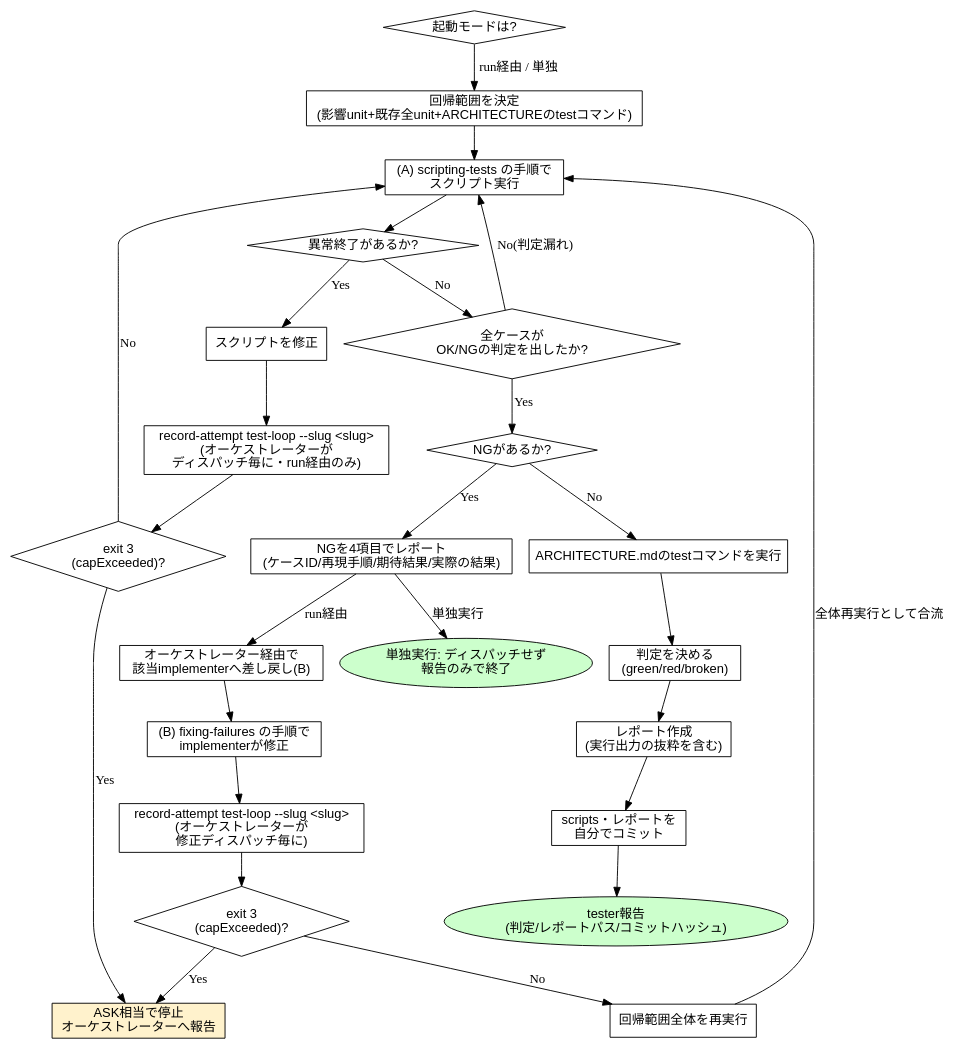
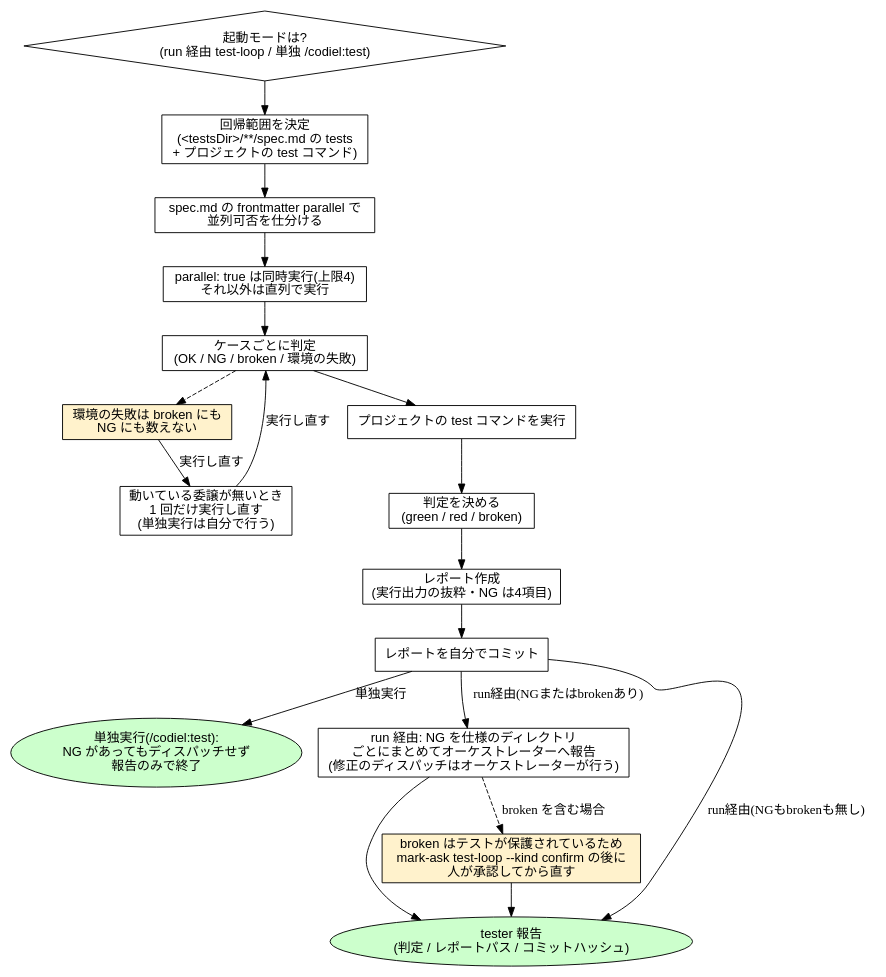
One commit to Amatsuka-kobo/amatsuka-claude-plugins changed the eighth of 15 diagrams in plugins/codiel/docs/skill-flowcharts.md. Above: the diagram before and after it, drawn with Graphviz. The commit also changed other lines of this file and 66 other files, not shown here.

````diff
--- a/plugins/codiel/docs/skill-flowcharts.md
+++ b/plugins/codiel/docs/skill-flowcharts.md
@@ -289,49 +298,34 @@
 ```dot
 digraph running_regression_tests {
   rankdir=TB;
   node [fontname="sans-serif"];
 
-  mode [label="起動モードは?", shape=diamond];
-  scope [label="回帰範囲を決定\n(影響unit+既存全unit+ARCHITECTUREのtestコマンド)", shape=box];
-  loop_a [label="(A) scripting-tests の手順で\nスクリプト実行", shape=box];
-  broken [label="異常終了があるか?", shape=diamond];
-  fix_script [label="スクリプトを修正", shape=box];
-  record_a [label="record-attempt test-loop --slug <slug>\n(オーケストレーターが\nディスパッチ毎に・run経由のみ)", shape=box];
-  cap_a [label="exit 3\n(capExceeded)?", shape=diamond];
-  ask_stop [label="ASK相当で停止\nオーケストレーターへ報告", shape=box, style=filled, fillcolor="#fff2cc"];
-  all_judged [label="全ケースが\nOK/NGの判定を出したか?", shape=diamond];
-  ng_found [label="NGがあるか?", shape=diamond];
-  report_ng [label="NGを4項目でレポート\n(ケースID/再現手順/期待結果/実際の結果)", shape=box];
-  standalone_end [label="単独実行: ディスパッチせず\n報告のみで終了", shape=ellipse, style=filled, fillcolor="#ccffcc"];
-  handoff [label="オーケストレーター経由で\n該当implementerへ差し戻し(B)", shape=box];
-  loop_b [label="(B) fixing-failures の手順で\nimplementerが修正", shape=box];
-  record_b [label="record-attempt test-loop --slug <slug>\n(オーケストレーターが\n修正ディスパッチ毎に)", shape=box];
-  cap_b [label="exit 3\n(capExceeded)?", shape=diamond];
-  rerun_all [label="回帰範囲全体を再実行", shape=box];
-  unit_test [label="ARCHITECTURE.mdのtestコマンドを実行", shape=box];
-  verdict [label="判定を決める\n(green/red/broken)", shape=box];
-  report [label="レポート作成\n(実行出力の抜粋を含む)", shape=box];
-  commit [label="scripts・レポートを\n自分でコミット", shape=box];
-  done [label="tester報告\n(判定/レポートパス/コミットハッシュ)", shape=ellipse, style=filled, fillcolor="#ccffcc"];
+  mode [label="起動モードは?\n(run 経由 test-loop / 単独 /codiel:test)", shape=diamond];
+  scope [label="回帰範囲を決定\n(<testsDir>/**/spec.md の tests\n+ プロジェクトの test コマンド)", shape=box];
+  split [label="spec.md の frontmatter parallel で\n並列可否を仕分ける", shape=box];
+  run_tests [label="parallel: true は同時実行(上限4)\nそれ以外は直列で実行", shape=box];
+  judge [label="ケースごとに判定\n(OK / NG / broken / 環境の失敗)", shape=box];
+  env_fail [label="環境の失敗は broken にも\nNG にも数えない", shape=box, style=filled, fillcolor="#fff2cc"];
+  retry_env [label="動いている委譲が無いとき\n1 回だけ実行し直す\n(単独実行は自分で行う)", shape=box];
+  run_cmd [label="プロジェクトの test コマンドを実行", shape=box];
+  verdict [label="判定を決める\n(green / red / broken)", shape=box];
+  report [label="レポート作成\n(実行出力の抜粋・NG は4項目)", shape=box];
+  commit [label="レポートを自分でコミット", shape=box];
+  standalone_end [label="単独実行(/codiel:test):\nNG があってもディスパッチせず\n報告のみで終了", shape=ellipse, style=filled, fillcolor="#ccffcc"];
+  report_ng [label="run 経由: NG を仕様のディレクトリ\nごとにまとめてオーケストレーターへ報告\n(修正のディスパッチはオーケストレーターが行う)", shape=box];
+  broken_gate [label="broken はテストが保護されているため\nmark-ask test-loop --kind confirm の後に\n人が承認してから直す", shape=box, style=filled, fillcolor="#fff2cc"];
+  done [label="tester 報告\n(判定 / レポートパス / コミットハッシュ)", shape=ellipse, style=filled, fillcolor="#ccffcc"];
 
-  mode -> scope [label="run経由 / 単独"];
-  scope -> loop_a -> broken;
-  broken -> fix_script [label="Yes"];
-  fix_script -> record_a;
-  record_a -> cap_a;
-  cap_a -> ask_stop [label="Yes"];
-  cap_a -> loop_a [label="No"];
-  broken -> all_judged [label="No"];
-  all_judged -> loop_a [label="No(判定漏れ)"];
-  all_judged -> ng_found [label="Yes"];
-  ng_found -> unit_test [label="No"];
-  ng_found -> report_ng [label="Yes"];
-  report_ng -> standalone_end [label="単独実行"];
-  report_ng -> handoff [label="run経由"];
-  handoff -> loop_b -> record_b -> cap_b;
-  cap_b -> ask_stop [label="Yes"];
-  cap_b -> rerun_all [label="No"];
-  rerun_all -> loop_a [label="全体再実行として合流"];
-  unit_test -> verdict -> report -> commit -> done;
+  mode -> scope;
+  scope -> split -> run_tests -> judge;
+  judge -> env_fail [style=dashed];
+  env_fail -> retry_env -> judge [label="実行し直す"];
+  judge -> run_cmd -> verdict -> report -> commit;
+  commit -> standalone_end [label="単独実行"];
+  commit -> report_ng [label="run経由(NGまたはbrokenあり)"];
+  commit -> done [label="run経由(NGもbrokenも無し)"];
+  report_ng -> broken_gate [style=dashed, label="broken を含む場合"];
+  report_ng -> done;
+  broken_gate -> done;
 }
 ```
````
